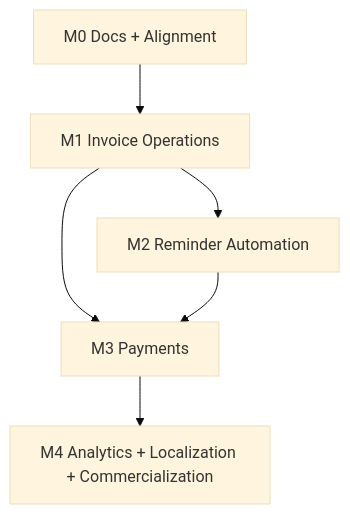
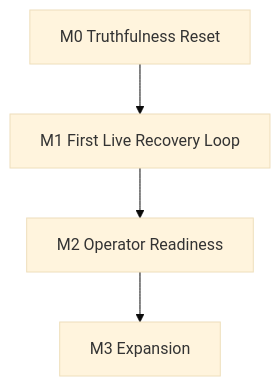
One commit to Mina-Sayed/PayRecover changed the diagram in docs/milestones.md. Above: the diagram before and after it, drawn with Mermaid (base theme). The commit also changed other lines of this file and 38 other files, not shown here.

````diff
--- a/docs/milestones.md
+++ b/docs/milestones.md
@@ -92,8 +74,6 @@
 ```mermaid
 flowchart TD
-    M0[M0 Docs + Alignment] --> M1[M1 Invoice Operations]
-    M1 --> M2[M2 Reminder Automation]
-    M1 --> M3[M3 Payments]
-    M2 --> M3
-    M3 --> M4[M4 Analytics + Localization + Commercialization]
+    M0[M0 Truthfulness Reset] --> M1[M1 First Live Recovery Loop]
+    M1 --> M2[M2 Operator Readiness]
+    M2 --> M3[M3 Expansion]
 ```
````
